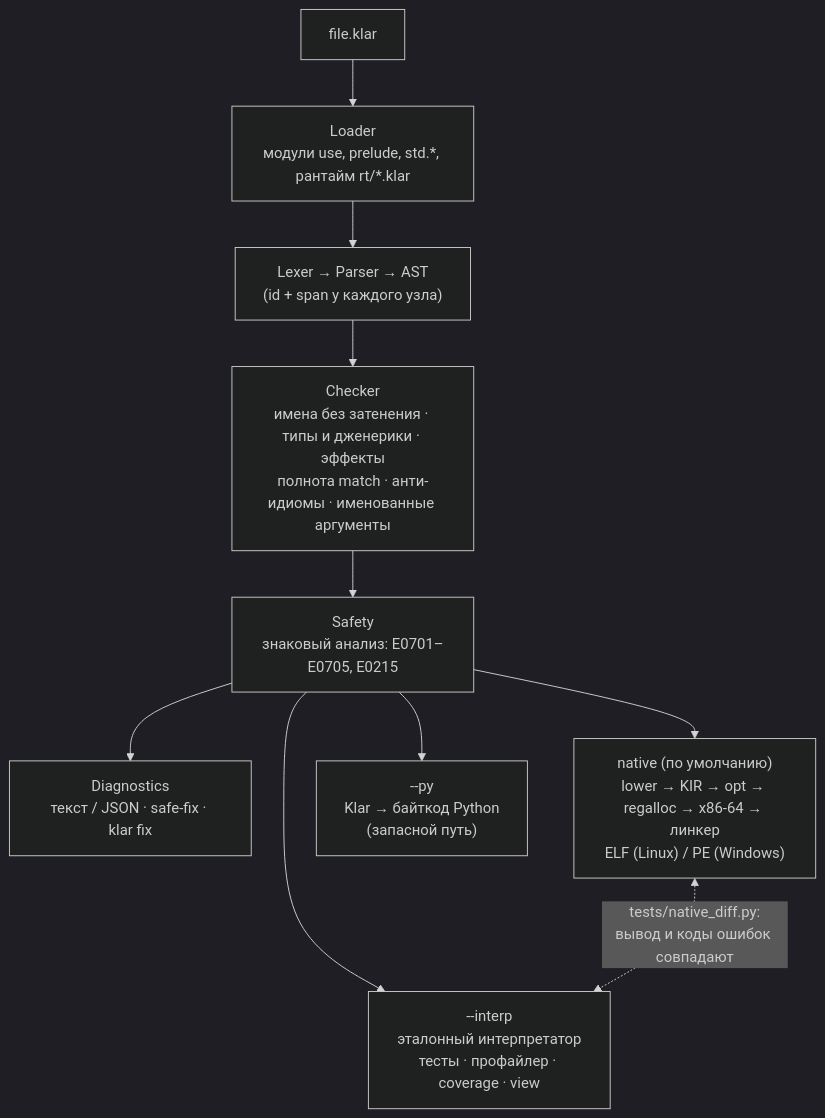
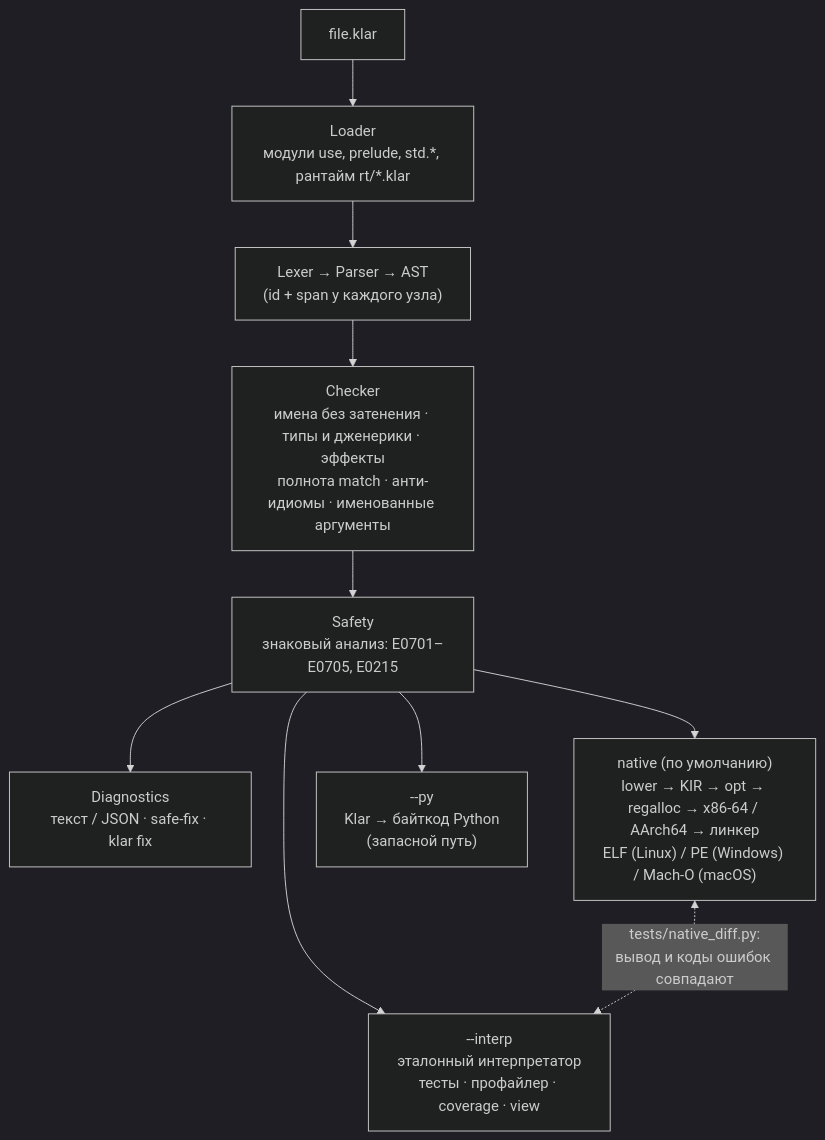
Before and after one commit to veosett/Klar: the first of 8 diagrams in docs/ARCHITECTURE.md, drawn with Mermaid (dark theme). The commit also changed other lines of this file and 22 other files, not shown here.

````diff
--- a/docs/ARCHITECTURE.md
+++ b/docs/ARCHITECTURE.md
@@ -41,12 +41,12 @@
 ```mermaid
 flowchart TB
     src["file.klar"] --> load["Loader<br/>модули use, prelude, std.*, рантайм rt/*.klar"]
     load --> parse["Lexer → Parser → AST<br/>(id + span у каждого узла)"]
     parse --> check["Checker<br/>имена без затенения · типы и дженерики · эффекты<br/>полнота match · анти-идиомы · именованные аргументы"]
     check --> safety["Safety<br/>знаковый анализ: E0701–E0705, E0215"]
     safety --> diag["Diagnostics<br/>текст / JSON · safe-fix · klar fix"]
-    safety --> native["native (по умолчанию)<br/>lower → KIR → opt → regalloc → x86-64 → линкер<br/>ELF (Linux) / PE (Windows)"]
+    safety --> native["native (по умолчанию)<br/>lower → KIR → opt → regalloc → x86-64 / AArch64 → линкер<br/>ELF (Linux) / PE (Windows) / Mach-O (macOS)"]
     safety --> py["--py<br/>Klar → байткод Python<br/>(запасной путь)"]
     safety --> interp["--interp<br/>эталонный интерпретатор<br/>тесты · профайлер · coverage · view"]
     native <-. "tests/native_diff.py:<br/>вывод и коды ошибок совпадают" .-> interp
 ```
````
